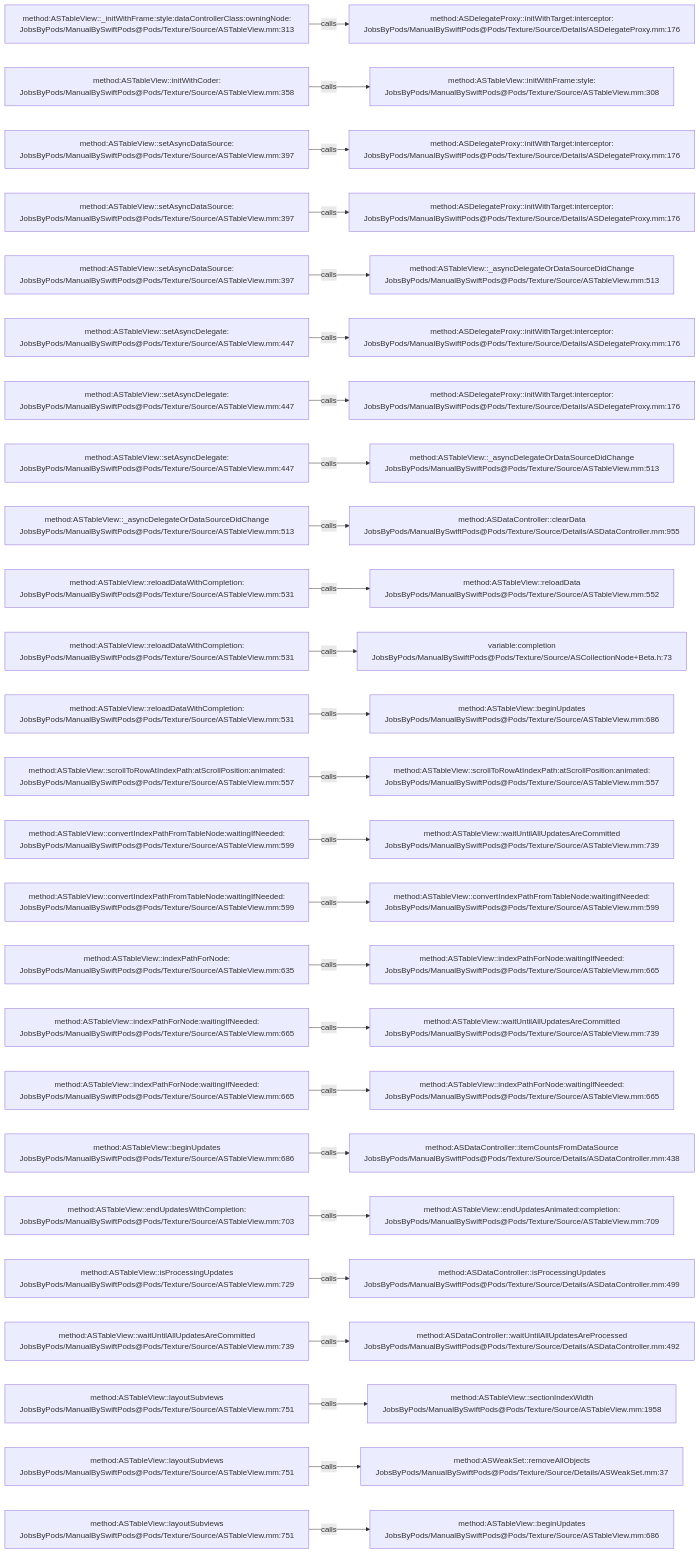
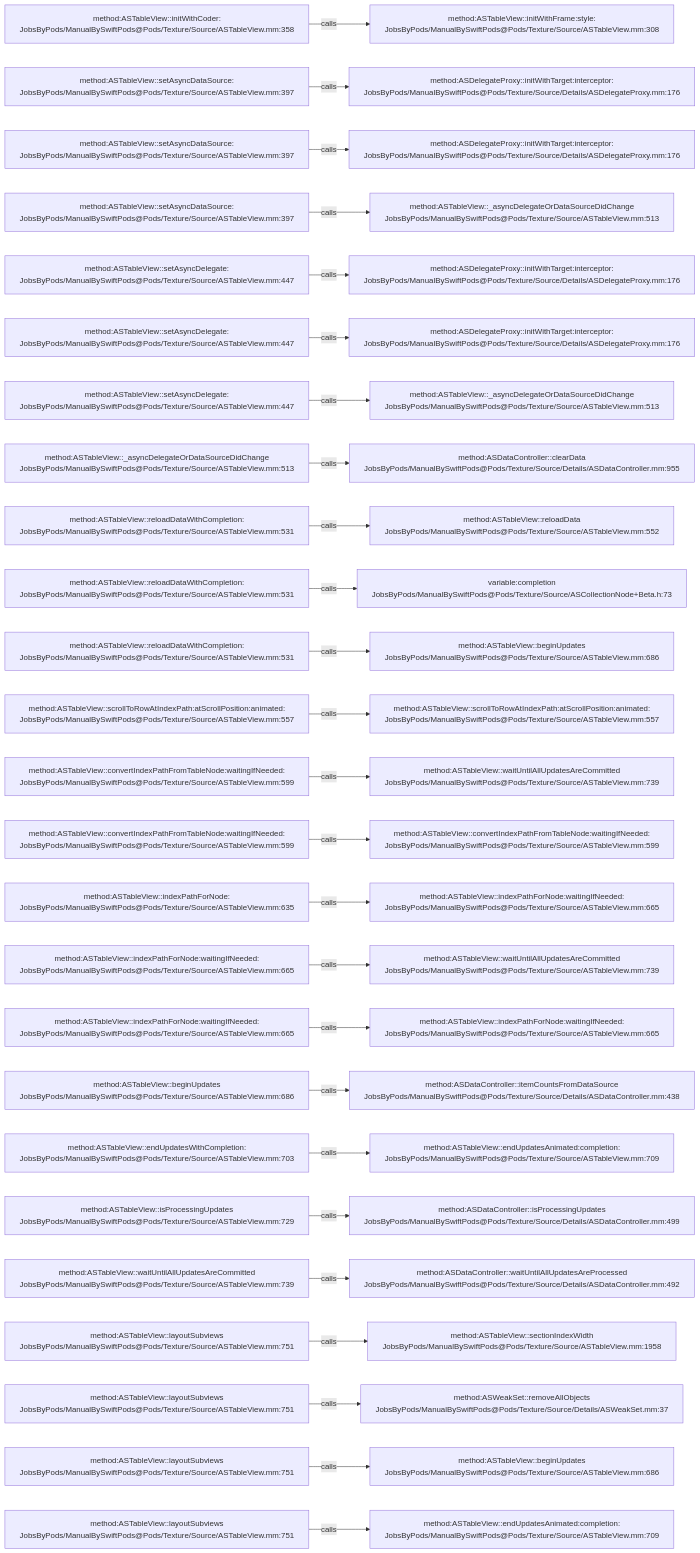
Before and after one commit to JobsKits/JobsSwiftBaseConfigDemo: the diagram in .codegraph/codegraph.md/graphs/calls-059.md, drawn with Mermaid. The commit also changed 747 other files, not shown here.

````diff
--- a/.codegraph/codegraph.md/graphs/calls-059.md
+++ b/.codegraph/codegraph.md/graphs/calls-059.md
@@ -13,78 +13,78 @@
 ```mermaid
 flowchart LR
-  S1["method:ASTableView::_initWithFrame:style:dataControllerClass:owningNode:<br/>JobsByPods/ManualBySwiftPods@Pods/Texture/Source/ASTableView.mm:313"]
-  T1["method:ASDelegateProxy::initWithTarget:interceptor:<br/>JobsByPods/ManualBySwiftPods@Pods/Texture/Source/Details/ASDelegateProxy.mm:176"]
+  S1["method:ASTableView::initWithCoder:<br/>JobsByPods/ManualBySwiftPods@Pods/Texture/Source/ASTableView.mm:358"]
+  T1["method:ASTableView::initWithFrame:style:<br/>JobsByPods/ManualBySwiftPods@Pods/Texture/Source/ASTableView.mm:308"]
   S1 -->|calls| T1
-  S2["method:ASTableView::initWithCoder:<br/>JobsByPods/ManualBySwiftPods@Pods/Texture/Source/ASTableView.mm:358"]
-  T2["method:ASTableView::initWithFrame:style:<br/>JobsByPods/ManualBySwiftPods@Pods/Texture/Source/ASTableView.mm:308"]
+  S2["method:ASTableView::setAsyncDataSource:<br/>JobsByPods/ManualBySwiftPods@Pods/Texture/Source/ASTableView.mm:397"]
+  T2["method:ASDelegateProxy::initWithTarget:interceptor:<br/>JobsByPods/ManualBySwiftPods@Pods/Texture/Source/Details/ASDelegateProxy.mm:176"]
   S2 -->|calls| T2
   S3["method:ASTableView::setAsyncDataSource:<br/>JobsByPods/ManualBySwiftPods@Pods/Texture/Source/ASTableView.mm:397"]
   T3["method:ASDelegateProxy::initWithTarget:interceptor:<br/>JobsByPods/ManualBySwiftPods@Pods/Texture/Source/Details/ASDelegateProxy.mm:176"]
   S3 -->|calls| T3
   S4["method:ASTableView::setAsyncDataSource:<br/>JobsByPods/ManualBySwiftPods@Pods/Texture/Source/ASTableView.mm:397"]
-  T4["method:ASDelegateProxy::initWithTarget:interceptor:<br/>JobsByPods/ManualBySwiftPods@Pods/Texture/Source/Details/ASDelegateProxy.mm:176"]
+  T4["method:ASTableView::_asyncDelegateOrDataSourceDidChange<br/>JobsByPods/ManualBySwiftPods@Pods/Texture/Source/ASTableView.mm:513"]
   S4 -->|calls| T4
-  S5["method:ASTableView::setAsyncDataSource:<br/>JobsByPods/ManualBySwiftPods@Pods/Texture/Source/ASTableView.mm:397"]
-  T5["method:ASTableView::_asyncDelegateOrDataSourceDidChange<br/>JobsByPods/ManualBySwiftPods@Pods/Texture/Source/ASTableView.mm:513"]
+  S5["method:ASTableView::setAsyncDelegate:<br/>JobsByPods/ManualBySwiftPods@Pods/Texture/Source/ASTableView.mm:447"]
+  T5["method:ASDelegateProxy::initWithTarget:interceptor:<br/>JobsByPods/ManualBySwiftPods@Pods/Texture/Source/Details/ASDelegateProxy.mm:176"]
   S5 -->|calls| T5
   S6["method:ASTableView::setAsyncDelegate:<br/>JobsByPods/ManualBySwiftPods@Pods/Texture/Source/ASTableView.mm:447"]
   T6["method:ASDelegateProxy::initWithTarget:interceptor:<br/>JobsByPods/ManualBySwiftPods@Pods/Texture/Source/Details/ASDelegateProxy.mm:176"]
   S6 -->|calls| T6
   S7["method:ASTableView::setAsyncDelegate:<br/>JobsByPods/ManualBySwiftPods@Pods/Texture/Source/ASTableView.mm:447"]
-  T7["method:ASDelegateProxy::initWithTarget:interceptor:<br/>JobsByPods/ManualBySwiftPods@Pods/Texture/Source/Details/ASDelegateProxy.mm:176"]
+  T7["method:ASTableView::_asyncDelegateOrDataSourceDidChange<br/>JobsByPods/ManualBySwiftPods@Pods/Texture/Source/ASTableView.mm:513"]
   S7 -->|calls| T7
-  S8["method:ASTableView::setAsyncDelegate:<br/>JobsByPods/ManualBySwiftPods@Pods/Texture/Source/ASTableView.mm:447"]
-  T8["method:ASTableView::_asyncDelegateOrDataSourceDidChange<br/>JobsByPods/ManualBySwiftPods@Pods/Texture/Source/ASTableView.mm:513"]
+  S8["method:ASTableView::_asyncDelegateOrDataSourceDidChange<br/>JobsByPods/ManualBySwiftPods@Pods/Texture/Source/ASTableView.mm:513"]
+  T8["method:ASDataController::clearData<br/>JobsByPods/ManualBySwiftPods@Pods/Texture/Source/Details/ASDataController.mm:955"]
   S8 -->|calls| T8
-  S9["method:ASTableView::_asyncDelegateOrDataSourceDidChange<br/>JobsByPods/ManualBySwiftPods@Pods/Texture/Source/ASTableView.mm:513"]
-  T9["method:ASDataController::clearData<br/>JobsByPods/ManualBySwiftPods@Pods/Texture/Source/Details/ASDataController.mm:955"]
+  S9["method:ASTableView::reloadDataWithCompletion:<br/>JobsByPods/ManualBySwiftPods@Pods/Texture/Source/ASTableView.mm:531"]
+  T9["method:ASTableView::reloadData<br/>JobsByPods/ManualBySwiftPods@Pods/Texture/Source/ASTableView.mm:552"]
   S9 -->|calls| T9
   S10["method:ASTableView::reloadDataWithCompletion:<br/>JobsByPods/ManualBySwiftPods@Pods/Texture/Source/ASTableView.mm:531"]
-  T10["method:ASTableView::reloadData<br/>JobsByPods/ManualBySwiftPods@Pods/Texture/Source/ASTableView.mm:552"]
+  T10["variable:completion<br/>JobsByPods/ManualBySwiftPods@Pods/Texture/Source/ASCollectionNode+Beta.h:73"]
   S10 -->|calls| T10
   S11["method:ASTableView::reloadDataWithCompletion:<br/>JobsByPods/ManualBySwiftPods@Pods/Texture/Source/ASTableView.mm:531"]
-  T11["variable:completion<br/>JobsByPods/ManualBySwiftPods@Pods/Texture/Source/ASCollectionNode+Beta.h:73"]
+  T11["method:ASTableView::beginUpdates<br/>JobsByPods/ManualBySwiftPods@Pods/Texture/Source/ASTableView.mm:686"]
   S11 -->|calls| T11
-  S12["method:ASTableView::reloadDataWithCompletion:<br/>JobsByPods/ManualBySwiftPods@Pods/Texture/Source/ASTableView.mm:531"]
-  T12["method:ASTableView::beginUpdates<br/>JobsByPods/ManualBySwiftPods@Pods/Texture/Source/ASTableView.mm:686"]
+  S12["method:ASTableView::scrollToRowAtIndexPath:atScrollPosition:animated:<br/>JobsByPods/ManualBySwiftPods@Pods/Texture/Source/ASTableView.mm:557"]
+  T12["method:ASTableView::scrollToRowAtIndexPath:atScrollPosition:animated:<br/>JobsByPods/ManualBySwiftPods@Pods/Texture/Source/ASTableView.mm:557"]
   S12 -->|calls| T12
-  S13["method:ASTableView::scrollToRowAtIndexPath:atScrollPosition:animated:<br/>JobsByPods/ManualBySwiftPods@Pods/Texture/Source/ASTableView.mm:557"]
-  T13["method:ASTableView::scrollToRowAtIndexPath:atScrollPosition:animated:<br/>JobsByPods/ManualBySwiftPods@Pods/Texture/Source/ASTableView.mm:557"]
+  S13["method:ASTableView::convertIndexPathFromTableNode:waitingIfNeeded:<br/>JobsByPods/ManualBySwiftPods@Pods/Texture/Source/ASTableView.mm:599"]
+  T13["method:ASTableView::waitUntilAllUpdatesAreCommitted<br/>JobsByPods/ManualBySwiftPods@Pods/Texture/Source/ASTableView.mm:739"]
   S13 -->|calls| T13
   S14["method:ASTableView::convertIndexPathFromTableNode:waitingIfNeeded:<br/>JobsByPods/ManualBySwiftPods@Pods/Texture/Source/ASTableView.mm:599"]
-  T14["method:ASTableView::waitUntilAllUpdatesAreCommitted<br/>JobsByPods/ManualBySwiftPods@Pods/Texture/Source/ASTableView.mm:739"]
+  T14["method:ASTableView::convertIndexPathFromTableNode:waitingIfNeeded:<br/>JobsByPods/ManualBySwiftPods@Pods/Texture/Source/ASTableView.mm:599"]
   S14 -->|calls| T14
-  S15["method:ASTableView::convertIndexPathFromTableNode:waitingIfNeeded:<br/>JobsByPods/ManualBySwiftPods@Pods/Texture/Source/ASTableView.mm:599"]
-  T15["method:ASTableView::convertIndexPathFromTableNode:waitingIfNeeded:<br/>JobsByPods/ManualBySwiftPods@Pods/Texture/Source/ASTableView.mm:599"]
+  S15["method:ASTableView::indexPathForNode:<br/>JobsByPods/ManualBySwiftPods@Pods/Texture/Source/ASTableView.mm:635"]
+  T15["method:ASTableView::indexPathForNode:waitingIfNeeded:<br/>JobsByPods/ManualBySwiftPods@Pods/Texture/Source/ASTableView.mm:665"]
   S15 -->|calls| T15
-  S16["method:ASTableView::indexPathForNode:<br/>JobsByPods/ManualBySwiftPods@Pods/Texture/Source/ASTableView.mm:635"]
-  T16["method:ASTableView::indexPathForNode:waitingIfNeeded:<br/>JobsByPods/ManualBySwiftPods@Pods/Texture/Source/ASTableView.mm:665"]
+  S16["method:ASTableView::indexPathForNode:waitingIfNeeded:<br/>JobsByPods/ManualBySwiftPods@Pods/Texture/Source/ASTableView.mm:665"]
+  T16["method:ASTableView::waitUntilAllUpdatesAreCommitted<br/>JobsByPods/ManualBySwiftPods@Pods/Texture/Source/ASTableView.mm:739"]
   S16 -->|calls| T16
   S17["method:ASTableView::indexPathForNode:waitingIfNeeded:<br/>JobsByPods/ManualBySwiftPods@Pods/Texture/Source/ASTableView.mm:665"]
-  T17["method:ASTableView::waitUntilAllUpdatesAreCommitted<br/>JobsByPods/ManualBySwiftPods@Pods/Texture/Source/ASTableView.mm:739"]
+  T17["method:ASTableView::indexPathForNode:waitingIfNeeded:<br/>JobsByPods/ManualBySwiftPods@Pods/Texture/Source/ASTableView.mm:665"]
   S17 -->|calls| T17
-  S18["method:ASTableView::indexPathForNode:waitingIfNeeded:<br/>JobsByPods/ManualBySwiftPods@Pods/Texture/Source/ASTableView.mm:665"]
-  T18["method:ASTableView::indexPathForNode:waitingIfNeeded:<br/>JobsByPods/ManualBySwiftPods@Pods/Texture/Source/ASTableView.mm:665"]
+  S18["method:ASTableView::beginUpdates<br/>JobsByPods/ManualBySwiftPods@Pods/Texture/Source/ASTableView.mm:686"]
+  T18["method:ASDataController::itemCountsFromDataSource<br/>JobsByPods/ManualBySwiftPods@Pods/Texture/Source/Details/ASDataController.mm:438"]
   S18 -->|calls| T18
-  S19["method:ASTableView::beginUpdates<br/>JobsByPods/ManualBySwiftPods@Pods/Texture/Source/ASTableView.mm:686"]
-  T19["method:ASDataController::itemCountsFromDataSource<br/>JobsByPods/ManualBySwiftPods@Pods/Texture/Source/Details/ASDataController.mm:438"]
+  S19["method:ASTableView::endUpdatesWithCompletion:<br/>JobsByPods/ManualBySwiftPods@Pods/Texture/Source/ASTableView.mm:703"]
+  T19["method:ASTableView::endUpdatesAnimated:completion:<br/>JobsByPods/ManualBySwiftPods@Pods/Texture/Source/ASTableView.mm:709"]
   S19 -->|calls| T19
-  S20["method:ASTableView::endUpdatesWithCompletion:<br/>JobsByPods/ManualBySwiftPods@Pods/Texture/Source/ASTableView.mm:703"]
-  T20["method:ASTableView::endUpdatesAnimated:completion:<br/>JobsByPods/ManualBySwiftPods@Pods/Texture/Source/ASTableView.mm:709"]
+  S20["method:ASTableView::isProcessingUpdates<br/>JobsByPods/ManualBySwiftPods@Pods/Texture/Source/ASTableView.mm:729"]
+  T20["method:ASDataController::isProcessingUpdates<br/>JobsByPods/ManualBySwiftPods@Pods/Texture/Source/Details/ASDataController.mm:499"]
   S20 -->|calls| T20
-  S21["method:ASTableView::isProcessingUpdates<br/>JobsByPods/ManualBySwiftPods@Pods/Texture/Source/ASTableView.mm:729"]
-  T21["method:ASDataController::isProcessingUpdates<br/>JobsByPods/ManualBySwiftPods@Pods/Texture/Source/Details/ASDataController.mm:499"]
+  S21["method:ASTableView::waitUntilAllUpdatesAreCommitted<br/>JobsByPods/ManualBySwiftPods@Pods/Texture/Source/ASTableView.mm:739"]
+  T21["method:ASDataController::waitUntilAllUpdatesAreProcessed<br/>JobsByPods/ManualBySwiftPods@Pods/Texture/Source/Details/ASDataController.mm:492"]
   S21 -->|calls| T21
-  S22["method:ASTableView::waitUntilAllUpdatesAreCommitted<br/>JobsByPods/ManualBySwiftPods@Pods/Texture/Source/ASTableView.mm:739"]
-  T22["method:ASDataController::waitUntilAllUpdatesAreProcessed<br/>JobsByPods/ManualBySwiftPods@Pods/Texture/Source/Details/ASDataController.mm:492"]
+  S22["method:ASTableView::layoutSubviews<br/>JobsByPods/ManualBySwiftPods@Pods/Texture/Source/ASTableView.mm:751"]
+  T22["method:ASTableView::sectionIndexWidth<br/>JobsByPods/ManualBySwiftPods@Pods/Texture/Source/ASTableView.mm:1958"]
   S22 -->|calls| T22
   S23["method:ASTableView::layoutSubviews<br/>JobsByPods/ManualBySwiftPods@Pods/Texture/Source/ASTableView.mm:751"]
-  T23["method:ASTableView::sectionIndexWidth<br/>JobsByPods/ManualBySwiftPods@Pods/Texture/Source/ASTableView.mm:1958"]
+  T23["method:ASWeakSet::removeAllObjects<br/>JobsByPods/ManualBySwiftPods@Pods/Texture/Source/Details/ASWeakSet.mm:37"]
   S23 -->|calls| T23
   S24["method:ASTableView::layoutSubviews<br/>JobsByPods/ManualBySwiftPods@Pods/Texture/Source/ASTableView.mm:751"]
-  T24["method:ASWeakSet::removeAllObjects<br/>JobsByPods/ManualBySwiftPods@Pods/Texture/Source/Details/ASWeakSet.mm:37"]
+  T24["method:ASTableView::beginUpdates<br/>JobsByPods/ManualBySwiftPods@Pods/Texture/Source/ASTableView.mm:686"]
   S24 -->|calls| T24
   S25["method:ASTableView::layoutSubviews<br/>JobsByPods/ManualBySwiftPods@Pods/Texture/Source/ASTableView.mm:751"]
-  T25["method:ASTableView::beginUpdates<br/>JobsByPods/ManualBySwiftPods@Pods/Texture/Source/ASTableView.mm:686"]
+  T25["method:ASTableView::endUpdatesAnimated:completion:<br/>JobsByPods/ManualBySwiftPods@Pods/Texture/Source/ASTableView.mm:709"]
   S25 -->|calls| T25
 ```
````
